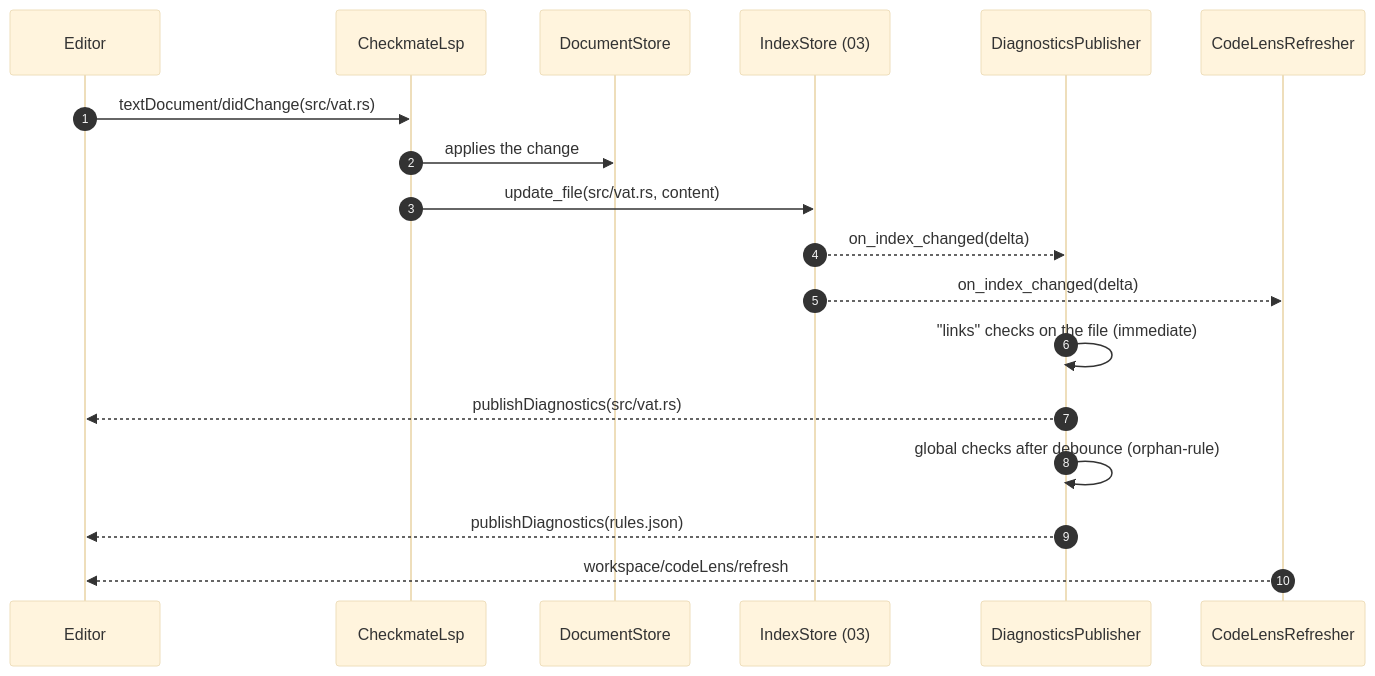
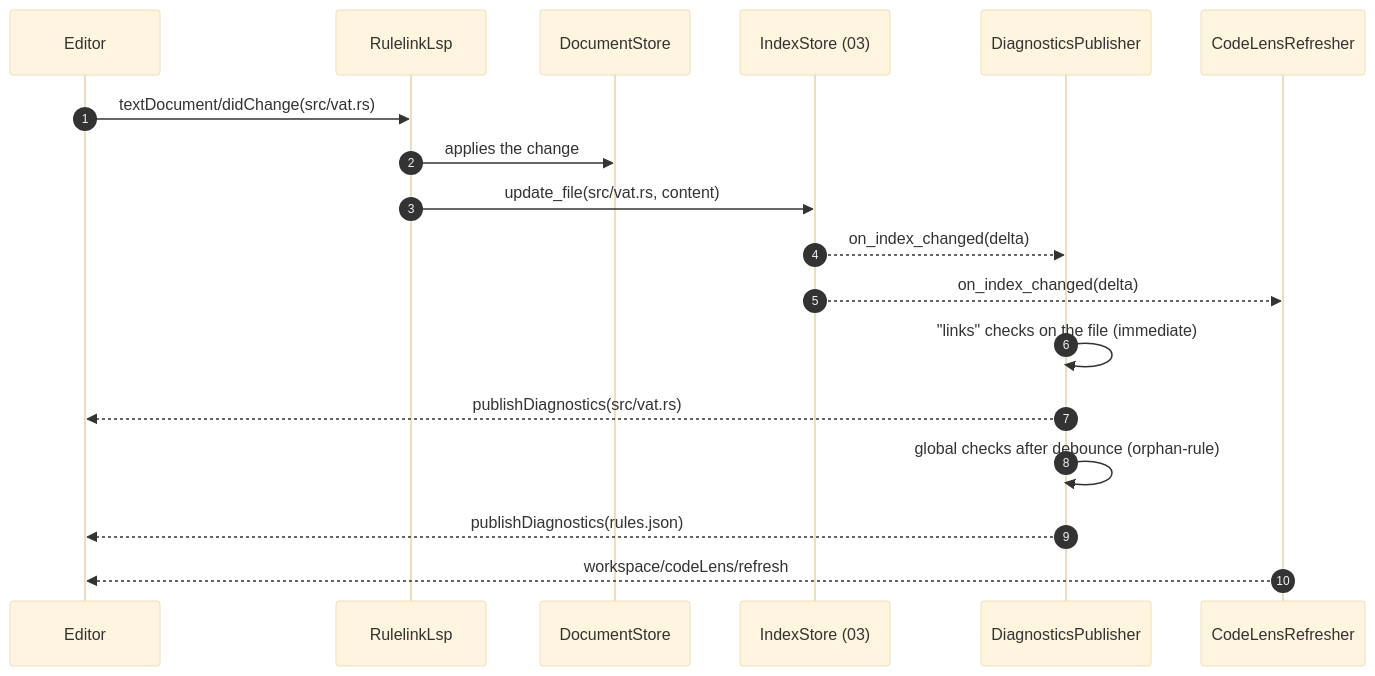
The second of 4 diagrams in docs/architecture/08-ide-integration.md (E-Jacques/Rulelink), drawn with Mermaid (base theme) before and after one commit. The commit also changed other lines of this file and 126 other files, not shown here.

First line of the commit message:
chore: rename the project from Checkmate to Rulelink (#6)

````diff
--- a/docs/architecture/08-ide-integration.md
+++ b/docs/architecture/08-ide-integration.md
@@ -91,21 +91,21 @@
 ```mermaid
 sequenceDiagram
     autonumber
     participant ED as Editor
-    participant LSP as CheckmateLsp
+    participant LSP as RulelinkLsp
     participant DS as DocumentStore
     participant IS as IndexStore (03)
     participant DP as DiagnosticsPublisher
     participant CL as CodeLensRefresher
 
     ED->>LSP: textDocument/didChange(src/vat.rs)
     LSP->>DS: applies the change
     LSP->>IS: update_file(src/vat.rs, content)
     IS-->>DP: on_index_changed(delta)
     IS-->>CL: on_index_changed(delta)
     DP->>DP: "links" checks on the file (immediate)
     DP-->>ED: publishDiagnostics(src/vat.rs)
     DP->>DP: global checks after debounce (orphan-rule)
     DP-->>ED: publishDiagnostics(rules.json)
     CL-->>ED: workspace/codeLens/refresh
 ```
````
